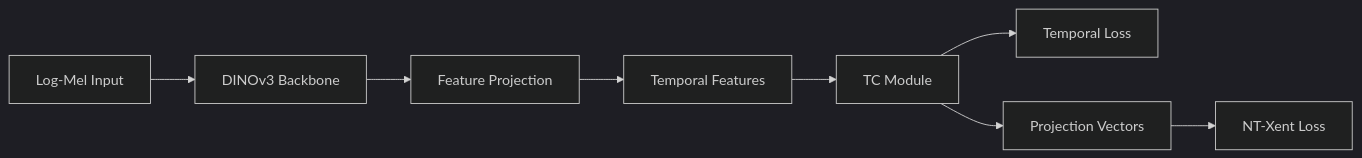
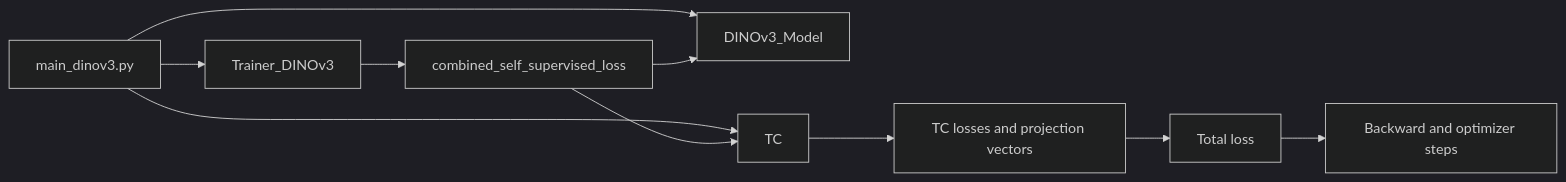
Before and after one commit to tranvanh10205-ctrl/CD_TH2: the second of 3 diagrams in README.md, drawn with Mermaid (dark theme). The commit also changed other lines of this file, not shown here.

````diff
--- a/README.md
+++ b/README.md
@@ -475,10 +461,12 @@
 ```mermaid
 flowchart LR
-    A["Log-Mel Input"] --> B["DINOv3 Backbone"]
-    B --> C["Feature Projection"]
-    C --> D["Temporal Features"]
-    D --> E["TC Module"]
-    E --> F["Temporal Loss"]
-    E --> G["Projection Vectors"]
-    G --> H["NT-Xent Loss"]
+    A["main_dinov3.py"] --> B["DINOv3_Model"]
+    A --> C["TC"]
+    A --> D["Trainer_DINOv3"]
+    D --> E["combined_self_supervised_loss"]
+    E --> B
+    E --> C
+    C --> F["TC losses and projection vectors"]
+    F --> G["Total loss"]
+    G --> H["Backward and optimizer steps"]
 ```
````
